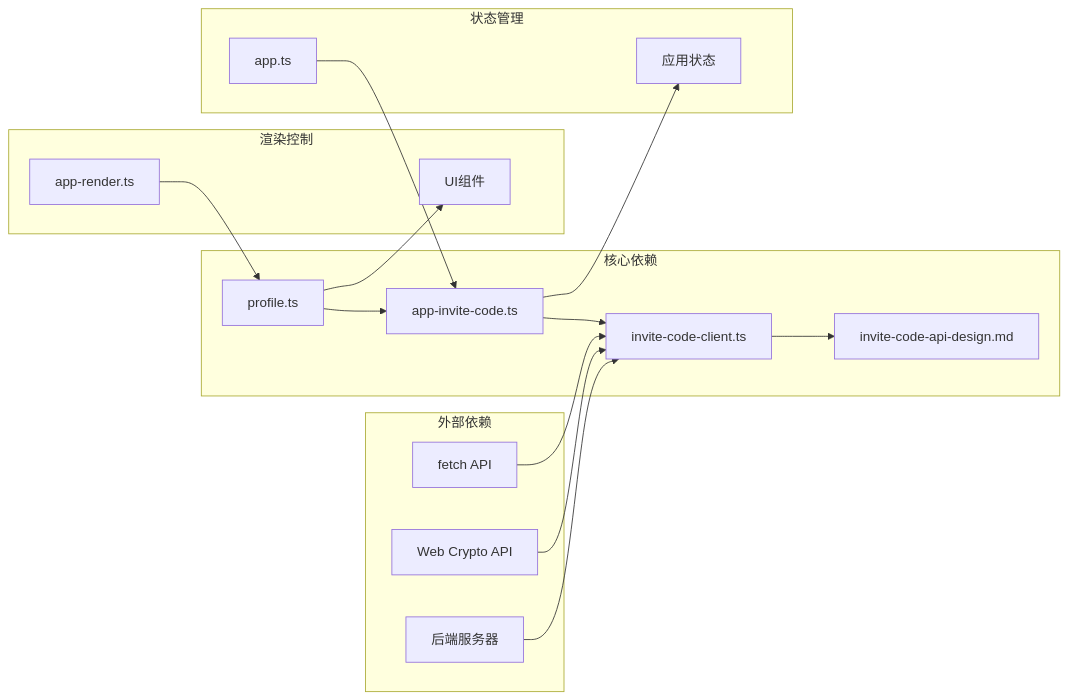
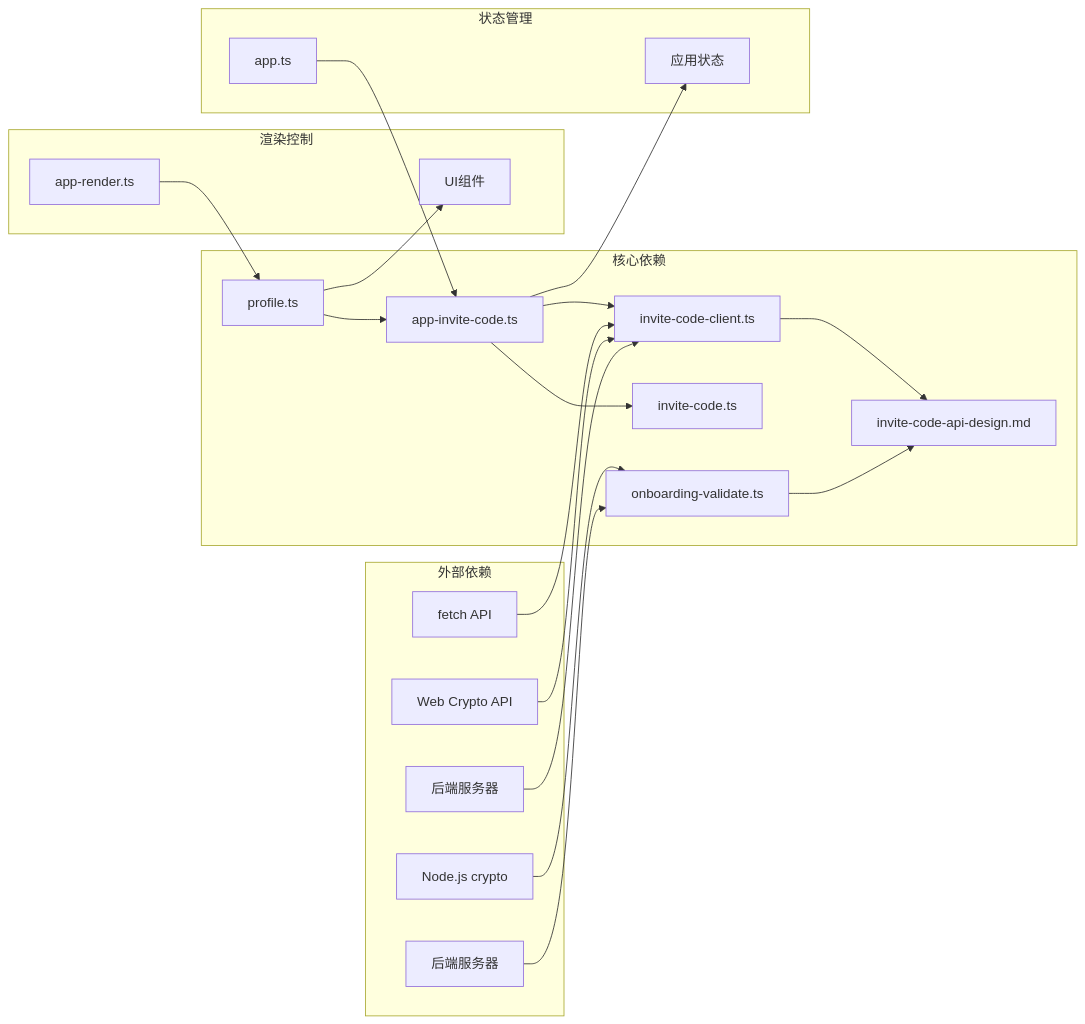
One commit to verse-ai-org/openclaw changed the seventh of 7 diagrams in .qoder/repowiki/zh/content/核心概念/Profile功能设计文档/Profile邀请码集成.md. Above: the diagram before and after it, drawn with Mermaid. The commit also changed other lines of this file and 24 other files, not shown here.

````diff
--- a/.qoder/repowiki/zh/content/核心概念/Profile功能设计文档/Profile邀请码集成.md
+++ b/.qoder/repowiki/zh/content/核心概念/Profile功能设计文档/Profile邀请码集成.md
@@ -268,21 +344,25 @@
 ```mermaid
 graph LR
 subgraph "核心依赖"
 A[profile.ts] --> B[app-invite-code.ts]
 B --> C[invite-code-client.ts]
 C --> D[invite-code-api-design.md]
+B --> E[invite-code.ts]
+F[onboarding-validate.ts] --> D
 end
 subgraph "状态管理"
-E[app.ts] --> B
-B --> F[应用状态]
+G[app.ts] --> B
+B --> H[应用状态]
 end
 subgraph "渲染控制"
-G[app-render.ts] --> A
-A --> H[UI组件]
+I[app-render.ts] --> A
+A --> J[UI组件]
 end
 subgraph "外部依赖"
-I[fetch API] --> C
-J[Web Crypto API] --> C
-K[后端服务器] --> C
+K[fetch API] --> C
+L[Web Crypto API] --> C
+M[Node.js crypto] --> F
+N[后端服务器] --> C
+O[后端服务器] --> F
 end
 ```
````
